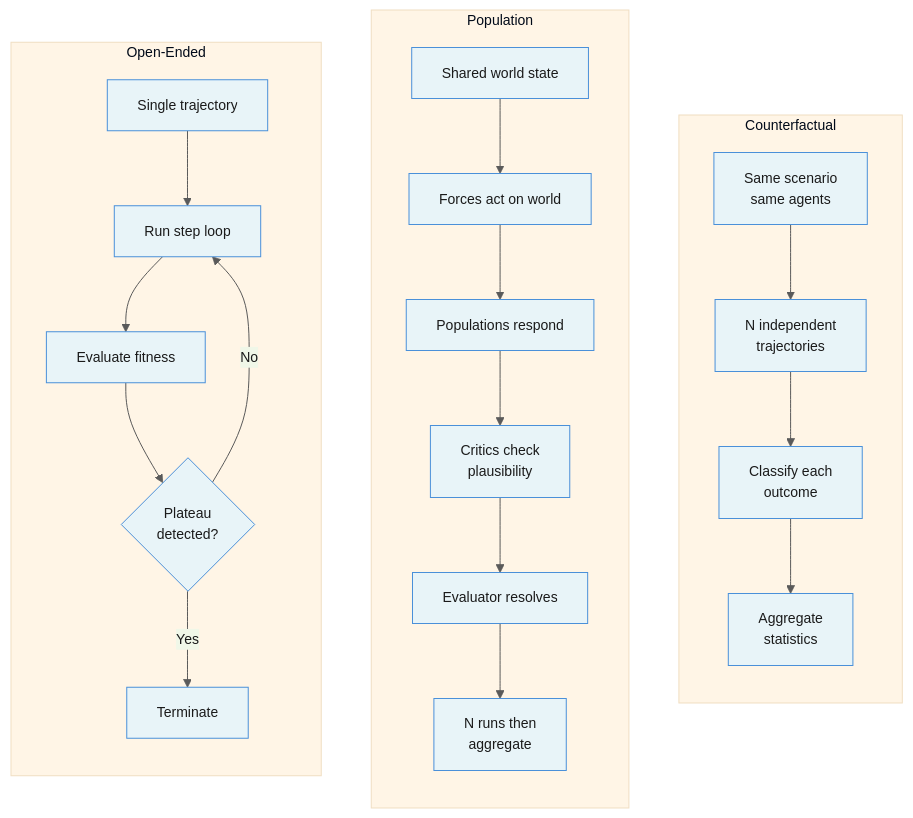
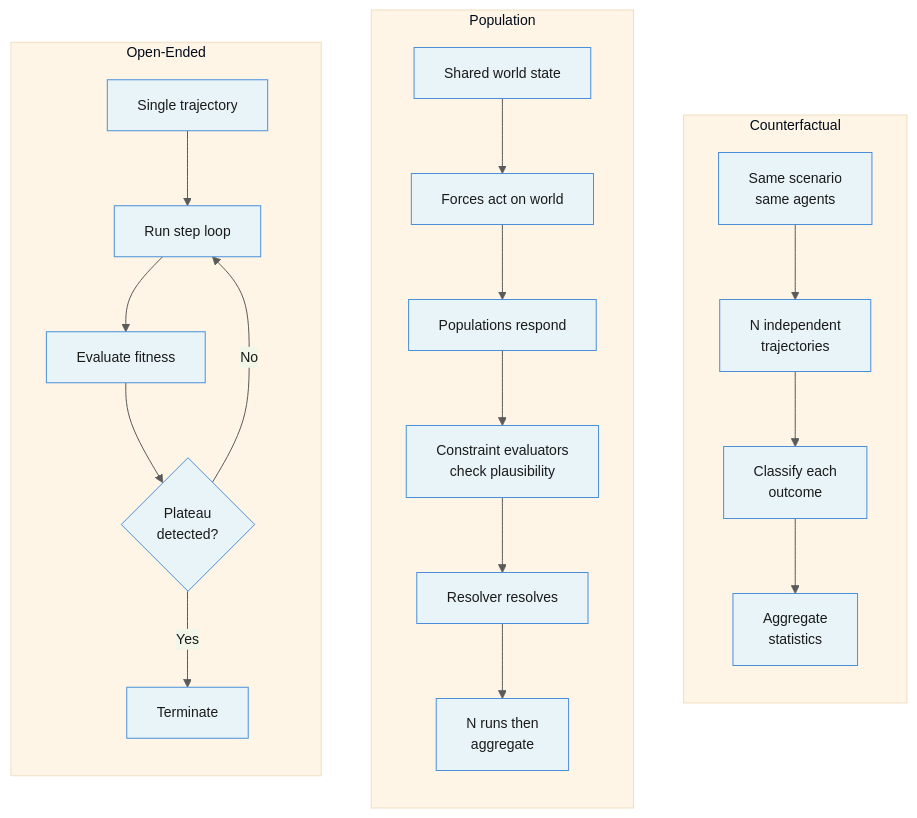
The third of 8 diagrams in docs/guide.md (georgosgeorgos/minimal-agora), drawn with Mermaid before and after one commit. The commit also changed other lines of this file and 53 other files, not shown here.

````diff
--- a/docs/guide.md
+++ b/docs/guide.md
@@ -191,28 +201,28 @@
 ```mermaid
 %%{init: {'theme': 'base', 'themeVariables': {'primaryColor': '#e8f4f8', 'primaryTextColor': '#1a1a1a', 'primaryBorderColor': '#4a90d9', 'lineColor': '#5a5a5a', 'secondaryColor': '#f0f7e8', 'tertiaryColor': '#fff5e6', 'fontSize': '14px'}}}%%
 flowchart TD
     subgraph Counterfactual
         direction TB
         C1[Same scenario\nsame agents] --> C2[N independent\ntrajectories]
         C2 --> C3[Classify each\noutcome]
         C3 --> C4[Aggregate\nstatistics]
     end
 
     subgraph Population
         direction TB
         P1[Shared world state] --> P2[Forces act on world]
         P2 --> P3[Populations respond]
-        P3 --> P4[Critics check\nplausibility]
-        P4 --> P5[Evaluator resolves]
+        P3 --> P4[Constraint evaluators\ncheck plausibility]
+        P4 --> P5[Resolver resolves]
         P5 --> P6[N runs then\naggregate]
     end
 
     subgraph Open-Ended
         direction TB
         O1[Single trajectory] --> O2[Run step loop]
         O2 --> O3[Evaluate fitness]
         O3 --> O4{Plateau\ndetected?}
         O4 -->|No| O2
         O4 -->|Yes| O5[Terminate]
     end
 ```
````
